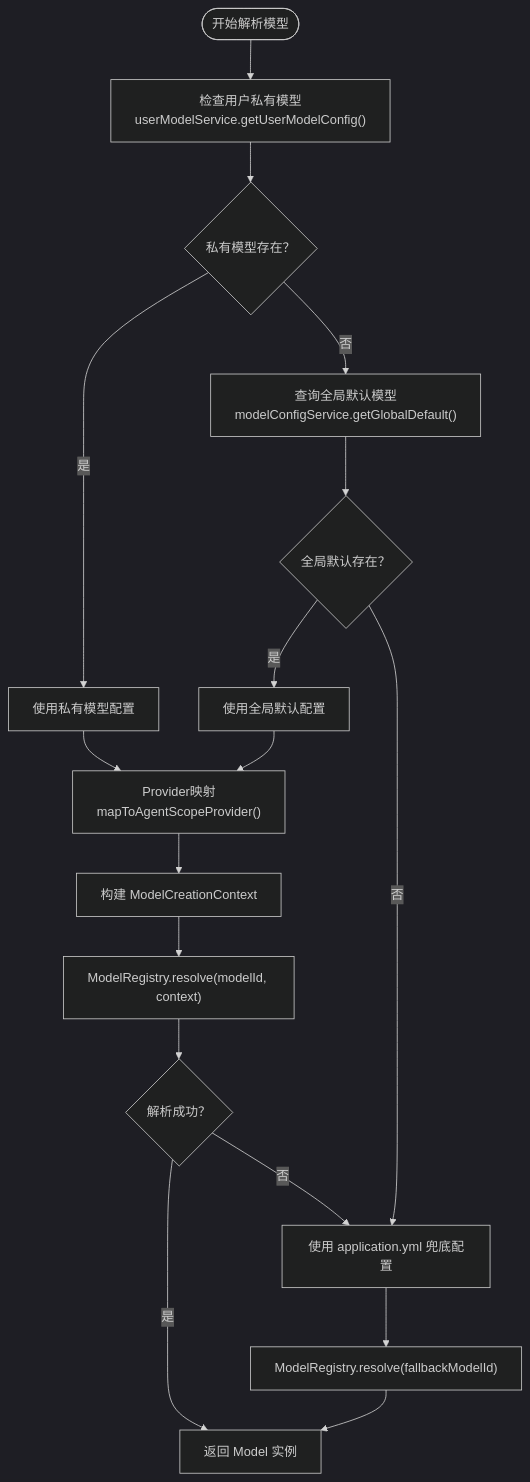
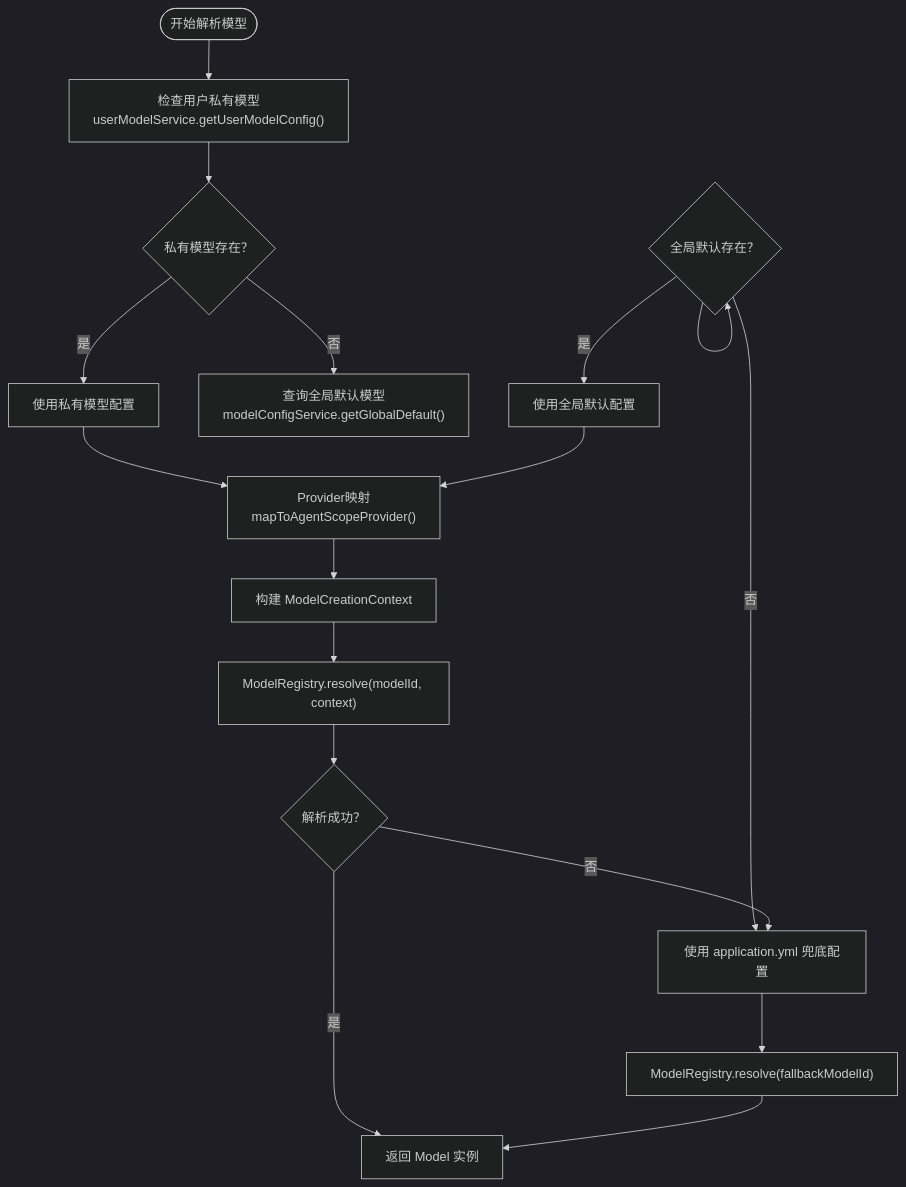
One commit to Miss-zhi/OfferPilot changed the third of 7 diagrams in .qoder/repowiki/zh/content/AgentScope 核心机制深度解析.md. Above: the diagram before and after it, drawn with Mermaid (dark theme). The commit also changed other lines of this file and 206 other files, not shown here.

````diff
--- a/.qoder/repowiki/zh/content/AgentScope 核心机制深度解析.md
+++ b/.qoder/repowiki/zh/content/AgentScope 核心机制深度解析.md
@@ -168,19 +171,19 @@
 ```mermaid
 flowchart TD
 Start(["开始解析模型"]) --> CheckPrivate["检查用户私有模型<br/>userModelService.getUserModelConfig()"]
 CheckPrivate --> PrivateExists{"私有模型存在？"}
 PrivateExists --> |是| UsePrivate["使用私有模型配置"]
 PrivateExists --> |否| CheckGlobal["查询全局默认模型<br/>modelConfigService.getGlobalDefault()"]
-CheckGlobal --> GlobalExists{"全局默认存在？"}
+GlobalExists --> GlobalExists{"全局默认存在？"}
 GlobalExists --> |是| UseGlobal["使用全局默认配置"]
 GlobalExists --> |否| UseFallback["使用 application.yml 兜底配置"]
 UsePrivate --> MapProvider["Provider映射<br/>mapToAgentScopeProvider()"]
 UseGlobal --> MapProvider
 MapProvider --> BuildContext["构建 ModelCreationContext"]
 BuildContext --> ResolveModel["ModelRegistry.resolve(modelId, context)"]
 ResolveModel --> Success{"解析成功？"}
 Success --> |是| ReturnModel["返回 Model 实例"]
 Success --> |否| UseFallback
 UseFallback --> FallbackResolve["ModelRegistry.resolve(fallbackModelId)"]
 FallbackResolve --> ReturnModel
 ```
````
